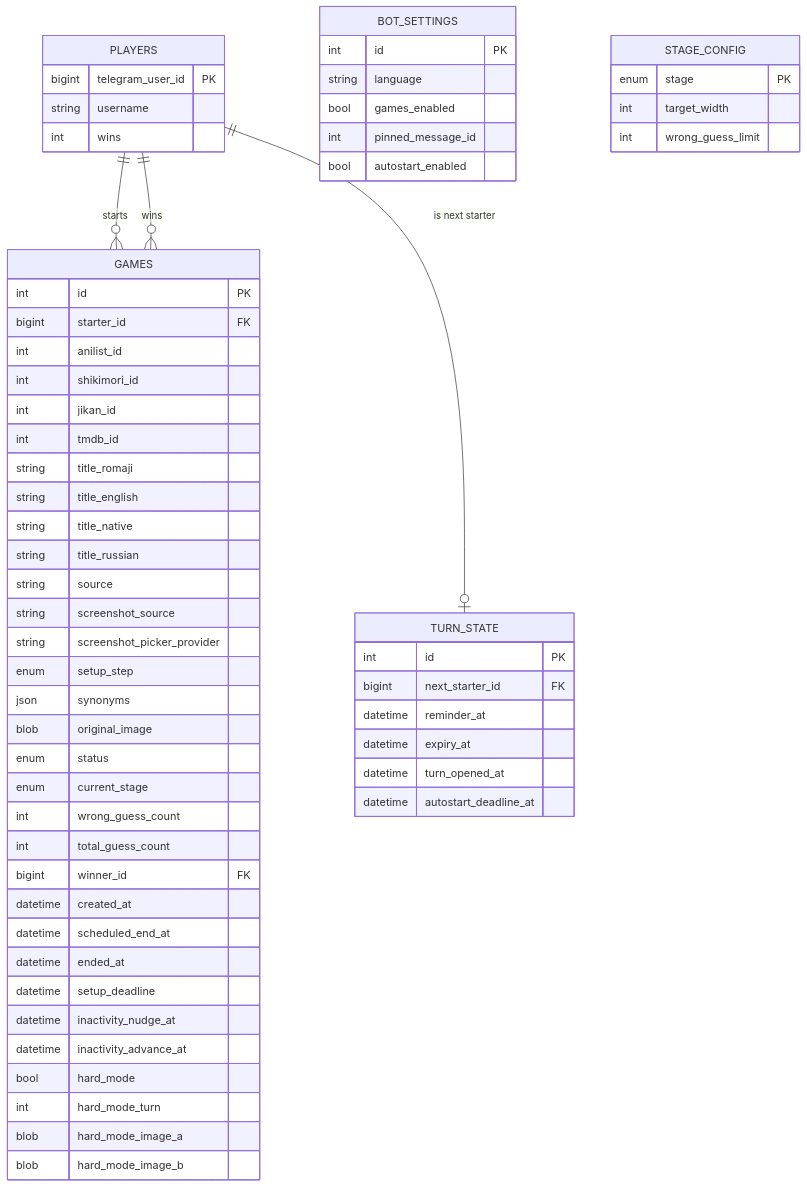
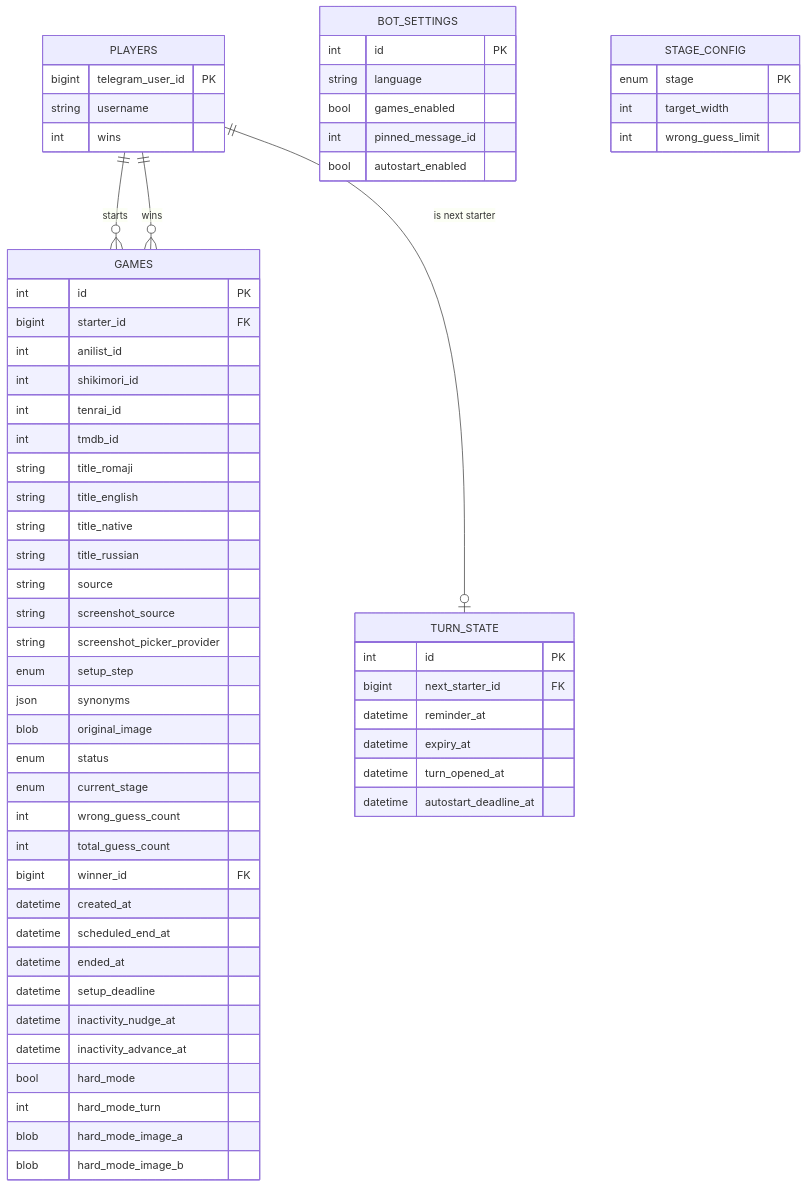
The second of 2 diagrams in ARCHITECTURE.md (sm-steel/nani-pix-bot), drawn with Mermaid before and after one commit. The commit also changed other lines of this file and 3 other files, not shown here.

First line of the commit message:
docs: sweep repo docs for the Jikan to Tenrai migration

````diff
--- a/ARCHITECTURE.md
+++ b/ARCHITECTURE.md
@@ -453,65 +472,65 @@
 ```mermaid
 erDiagram
     PLAYERS ||--o{ GAMES : starts
     PLAYERS ||--o{ GAMES : wins
     PLAYERS ||--o| TURN_STATE : "is next starter"
 
     PLAYERS {
         bigint telegram_user_id PK
         string username
         int wins
     }
     GAMES {
         int id PK
         bigint starter_id FK
         int anilist_id
         int shikimori_id
-        int jikan_id
+        int tenrai_id
         int tmdb_id
         string title_romaji
         string title_english
         string title_native
         string title_russian
         string source
         string screenshot_source
         string screenshot_picker_provider
         enum setup_step
         json synonyms
         blob original_image
         enum status
         enum current_stage
         int wrong_guess_count
         int total_guess_count
         bigint winner_id FK
         datetime created_at
         datetime scheduled_end_at
         datetime ended_at
         datetime setup_deadline
         datetime inactivity_nudge_at
         datetime inactivity_advance_at
         bool hard_mode
         int hard_mode_turn
         blob hard_mode_image_a
         blob hard_mode_image_b
     }
     TURN_STATE {
         int id PK
         bigint next_starter_id FK
         datetime reminder_at
         datetime expiry_at
         datetime turn_opened_at
         datetime autostart_deadline_at
     }
     BOT_SETTINGS {
         int id PK
         string language
         bool games_enabled
         int pinned_message_id
         bool autostart_enabled
     }
     STAGE_CONFIG {
         enum stage PK
         int target_width
         int wrong_guess_limit
     }
 ```
````
